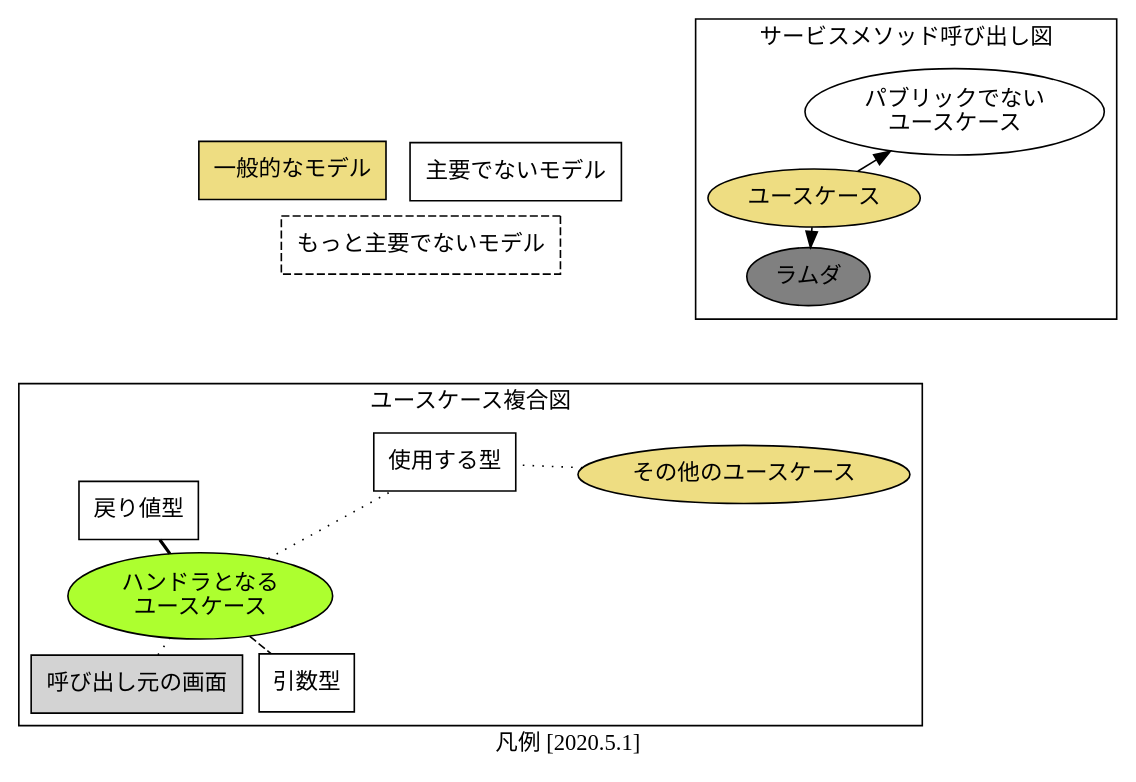
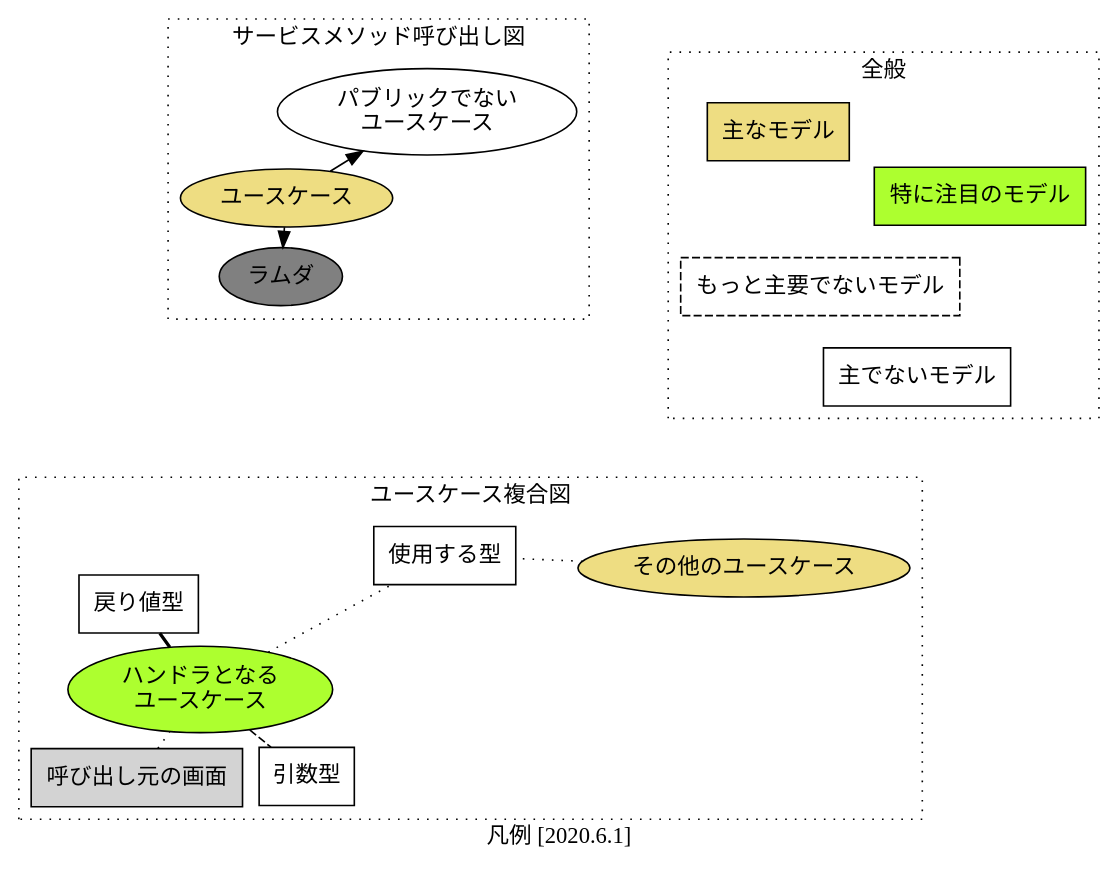
Before and after one commit to dddjava/jig: the diagram in legend.gv, drawn with Graphviz.

Commit message:
凡例を更新

```diff
--- a/legend.gv
+++ b/legend.gv
@@ -1,48 +1,47 @@
 digraph {
     layout = fdp;
-    label = "凡例 [2020.5.1]";
+    label = "凡例 [2020.6.1]";
+    style = dotted
     node [shape = box,style = filled,fillcolor = lightgoldenrod];
+
+    subgraph cluster_models {
+    edge [color = none,arrowhead = none];
+    label = "全般"
+
+    highlightModel [label = "特に注目のモデル", fillcolor = greenyellow];
+    model [label = "主なモデル"];
+    other1 [label = "主でないモデル", style = solid, fillcolor = whitesmoke];
+    other2 [label = "もっと主要でないモデル", style = dashed, fillcolor = whitesmoke];
+    }
 
     subgraph cluster1 {
     label = "サービスメソッド呼び出し図"
 
     usecase [label = "ユースケース", shape = ellipse];
     nonPublicUsecase [label = "パブリックでない\nユースケース", fillcolor = black, style = solid, shape = ellipse];
     lambda [label = "ラムダ", shape = ellipse, fillcolor = gray];
 
     usecase -> nonPublicUsecase
     usecase -> lambda
     }
     subgraph cluster2 {
     label = "ユースケース複合図"
     edge [arrowhead = none];
 
     handlerUsecase [label = "ハンドラとなる\nユースケース", fillcolor = greenyellow, shape = ellipse];
     otherUsecase [label = "その他のユースケース", shape = ellipse];
 
     screen [label = "呼び出し元の画面", shape = box, style = filled, fillcolor = lightgray];
     returnModel [label = "戻り値型", style = solid, fillcolor = whitesmoke]
     requireModel [label = "引数型", style = solid, fillcolor = whitesmoke]
     usingModel [label = "使用する型", style = solid, fillcolor = whitesmoke]
 
     screen -> handlerUsecase [style = dotted];
     handlerUsecase -> returnModel [style = bold];
     handlerUsecase -> requireModel [style = dashed];
     handlerUsecase -> usingModel [style = dotted];
 
     otherUsecase -> usingModel [style = dotted];
     }
 
-    model [label = "一般的なモデル"];
-    other1 [label = "主要でないモデル", style = solid, fillcolor = whitesmoke];
-    other2 [label = "もっと主要でないモデル", style = dashed, fillcolor = whitesmoke];
-
-    {
-    # 出力上近くに置くための関連
-    edge [color = none,arrowhead = none];
-
-    model -> other1;
-    model -> other2;
-    other1 -> other2;
-    }
 }
```
